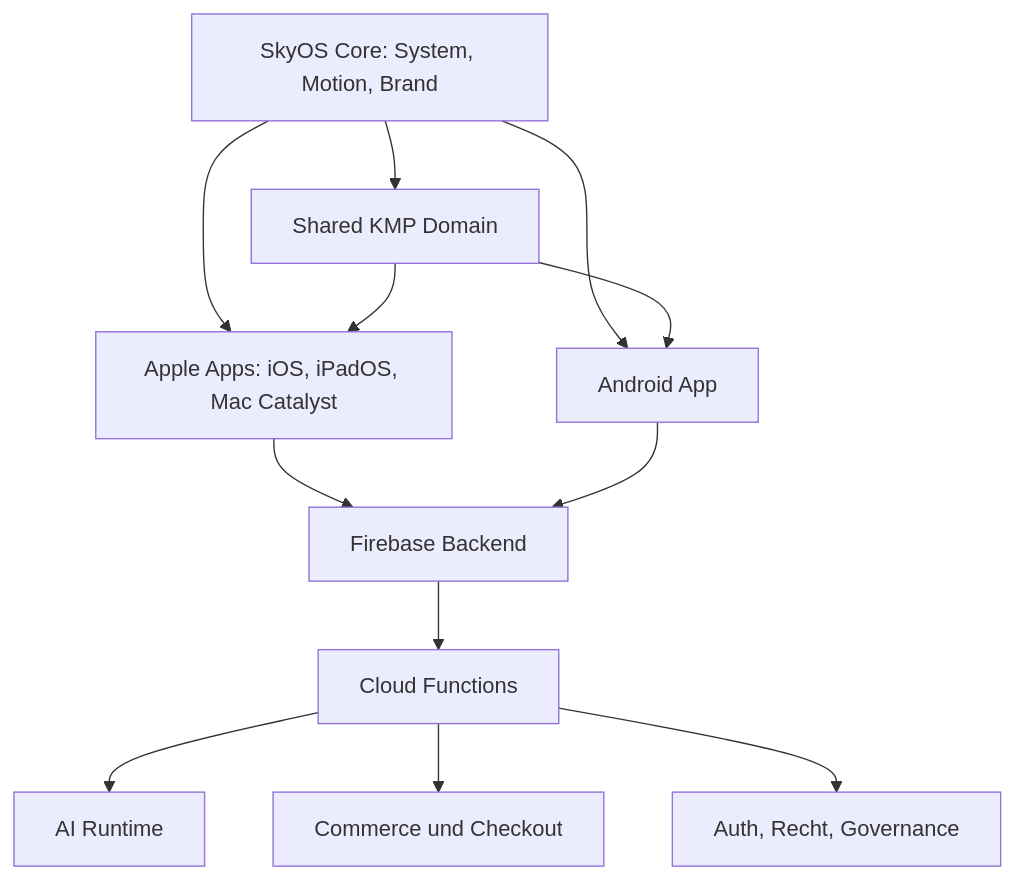
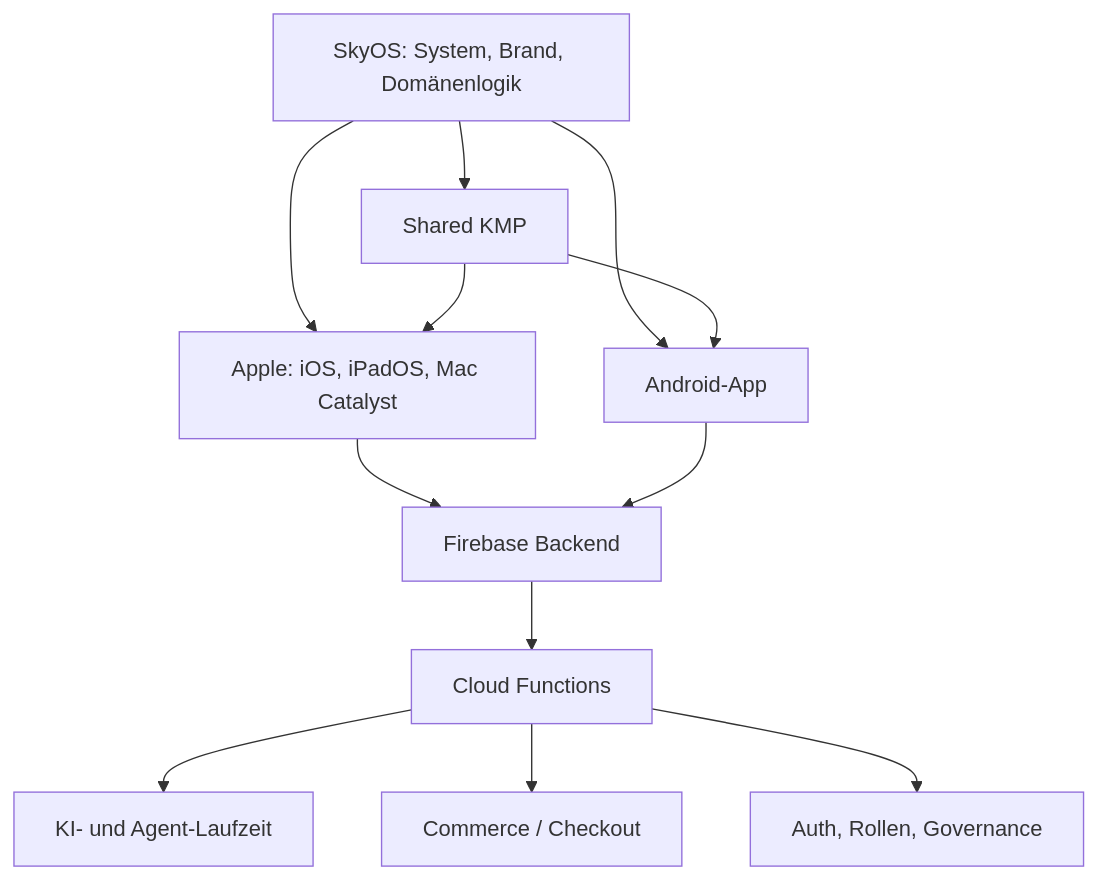
One commit to Yang-D-Nash/SkyOS-Readme-Public changed the diagram in README.md. Above: the diagram before and after it, drawn with Mermaid. The commit also changed other lines of this file and 6 other files, not shown here.

````diff
--- a/README.md
+++ b/README.md
@@ -112,15 +175,15 @@
 ```mermaid
 flowchart TB
-    skyos["SkyOS Core: System, Motion, Brand"]
-    skyos --> apple["Apple Apps: iOS, iPadOS, Mac Catalyst"]
-    skyos --> android["Android App"]
-    skyos --> shared["Shared KMP Domain"]
+    skyos["SkyOS: System, Brand, Domänenlogik"]
+    skyos --> apple["Apple: iOS, iPadOS, Mac Catalyst"]
+    skyos --> android["Android-App"]
+    skyos --> shared["Shared KMP"]
     apple --> firebase["Firebase Backend"]
     android --> firebase
     shared --> apple
     shared --> android
     firebase --> functions["Cloud Functions"]
-    functions --> ai["AI Runtime"]
-    functions --> commerce["Commerce und Checkout"]
-    functions --> trust["Auth, Recht, Governance"]
+    functions --> ai["KI- und Agent-Laufzeit"]
+    functions --> commerce["Commerce / Checkout"]
+    functions --> trust["Auth, Rollen, Governance"]
 ```
````
